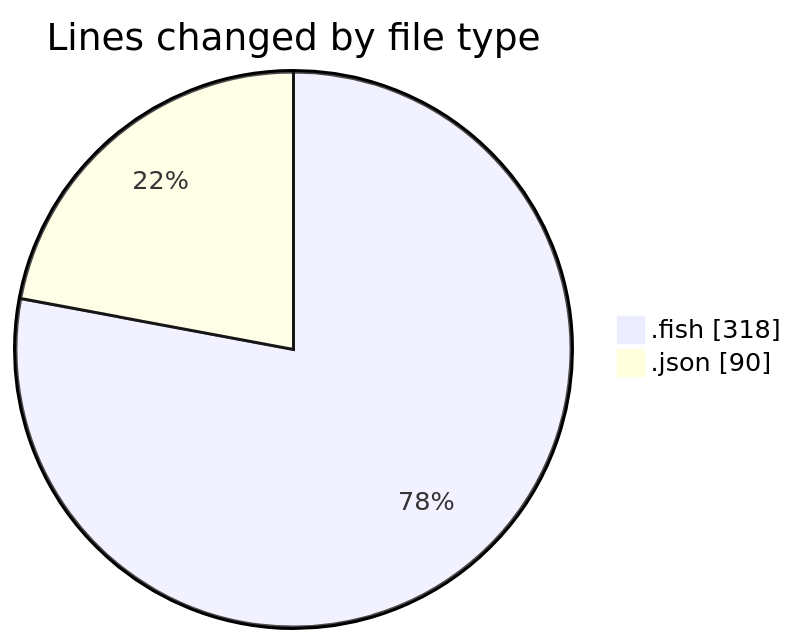
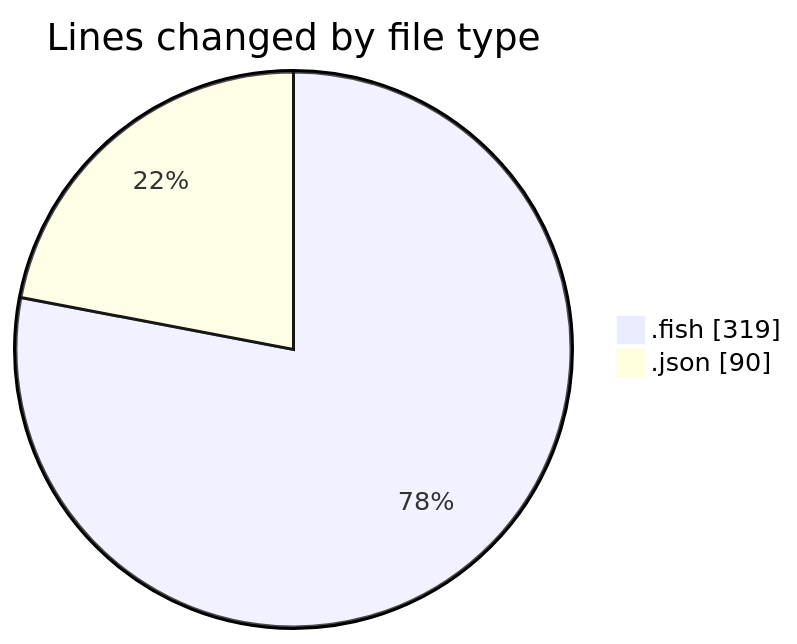
One commit to EIIisD/code-tracking changed the first of 2 diagrams in 2025-08-10/fish/README.md. Above: the diagram before and after it, drawn with Mermaid. The commit also changed other lines of this file and 1 other file, not shown here.

````diff
--- a/2025-08-10/fish/README.md
+++ b/2025-08-10/fish/README.md
@@ -22,6 +22,6 @@
 ```mermaid
 pie showData
 title Lines changed by file type
-".fish" : 318
+".fish" : 319
 ".json" : 90
 ```
````
